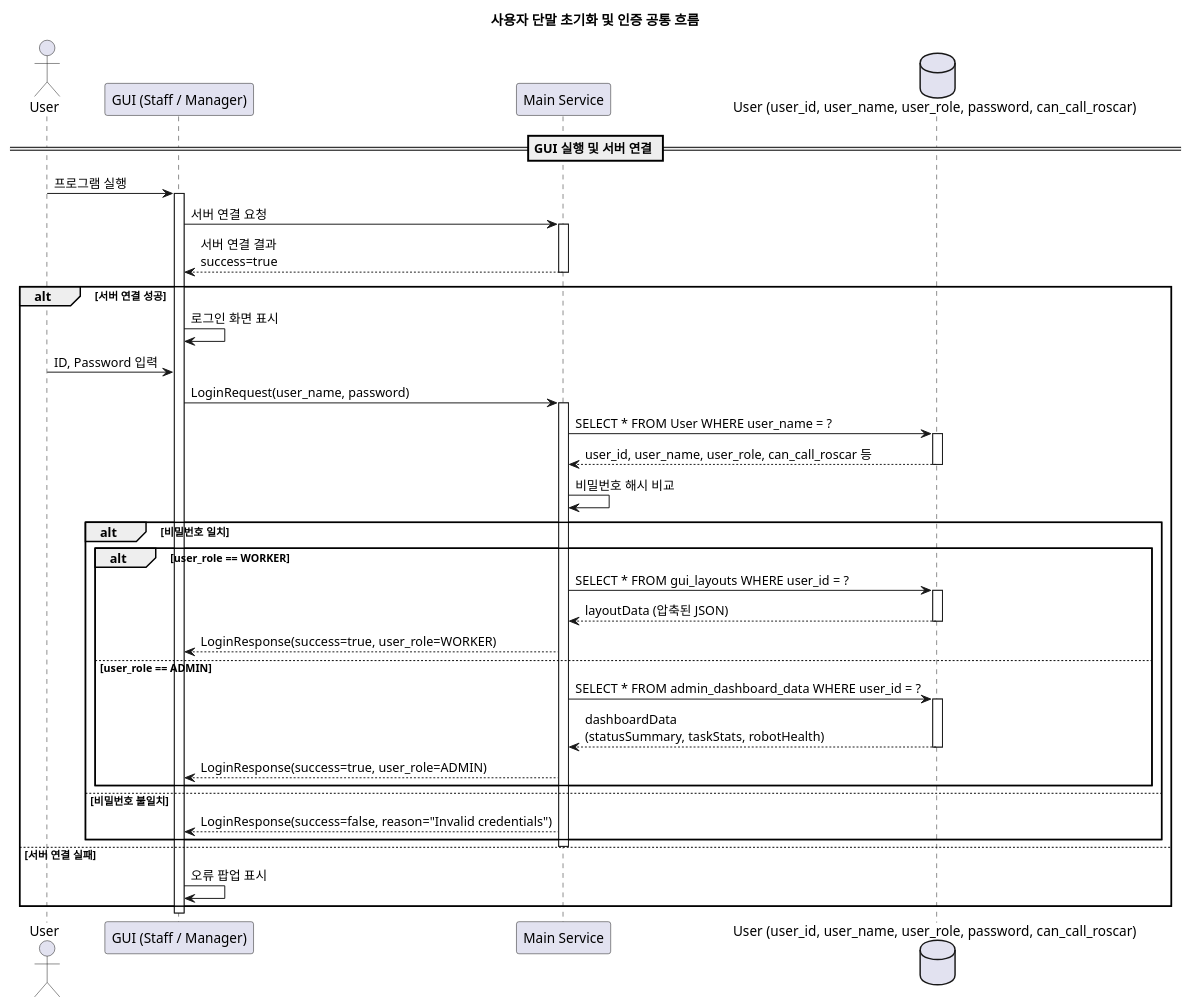
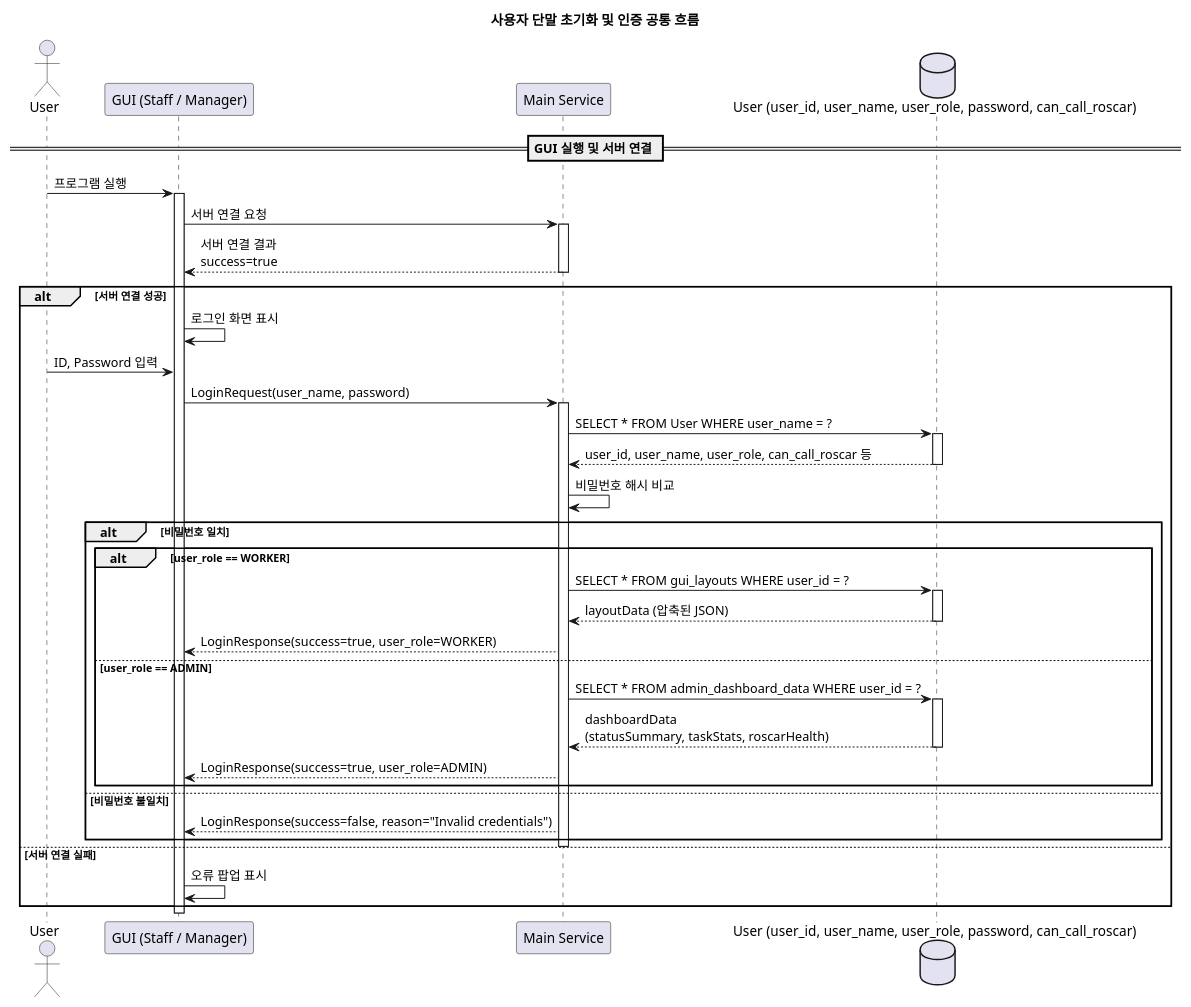
One commit to addinedu-ros-8th/ros-repo-3 changed the first of 10 diagrams in docs/sequence_diagram v4.md. Above: the diagram before and after it, drawn with PlantUML. The commit also changed other lines of this file and 108 other files, not shown here.

Commit message:
Fix build and Rename robot to roscar

````diff
--- a/docs/sequence_diagram v4.md
+++ b/docs/sequence_diagram v4.md
@@ -3,57 +3,57 @@
 ```plantuml
 @startuml
 title 사용자 단말 초기화 및 인증 공통 흐름
 
 actor User
 participant "GUI (Staff / Manager)" as GUI
 participant "Main Service" as Main
 database "User (user_id, user_name, user_role, password, can_call_roscar)" as DB
 
 == GUI 실행 및 서버 연결 ==
 
 User -> GUI : 프로그램 실행
 activate GUI
 GUI -> Main : 서버 연결 요청
 activate Main
 Main --> GUI : 서버 연결 결과\nsuccess=true
 deactivate Main
 
 alt 서버 연결 성공
     GUI -> GUI : 로그인 화면 표시
 
     User -> GUI : ID, Password 입력
     GUI -> Main : LoginRequest(user_name, password)
     activate Main
 
     ' 사용자 조회
     Main -> DB : SELECT * FROM User WHERE user_name = ?
     activate DB
     DB --> Main : user_id, user_name, user_role, can_call_roscar 등
     deactivate DB
 
     Main -> Main : 비밀번호 해시 비교
 
     alt 비밀번호 일치
         alt user_role == WORKER
             Main -> DB : SELECT * FROM gui_layouts WHERE user_id = ?
             activate DB
             DB --> Main : layoutData (압축된 JSON)
             deactivate DB
             Main --> GUI : LoginResponse(success=true, user_role=WORKER)
         else user_role == ADMIN
             Main -> DB : SELECT * FROM admin_dashboard_data WHERE user_id = ?
             activate DB
-            DB --> Main : dashboardData\n(statusSummary, taskStats, robotHealth)
+            DB --> Main : dashboardData\n(statusSummary, taskStats, roscarHealth)
             deactivate DB
             Main --> GUI : LoginResponse(success=true, user_role=ADMIN)
         end
     else 비밀번호 불일치
         Main --> GUI : LoginResponse(success=false, reason="Invalid credentials")
     end
     deactivate Main
 else 서버 연결 실패
     GUI -> GUI : 오류 팝업 표시
 end
 deactivate GUI
 @enduml
 ```
````
